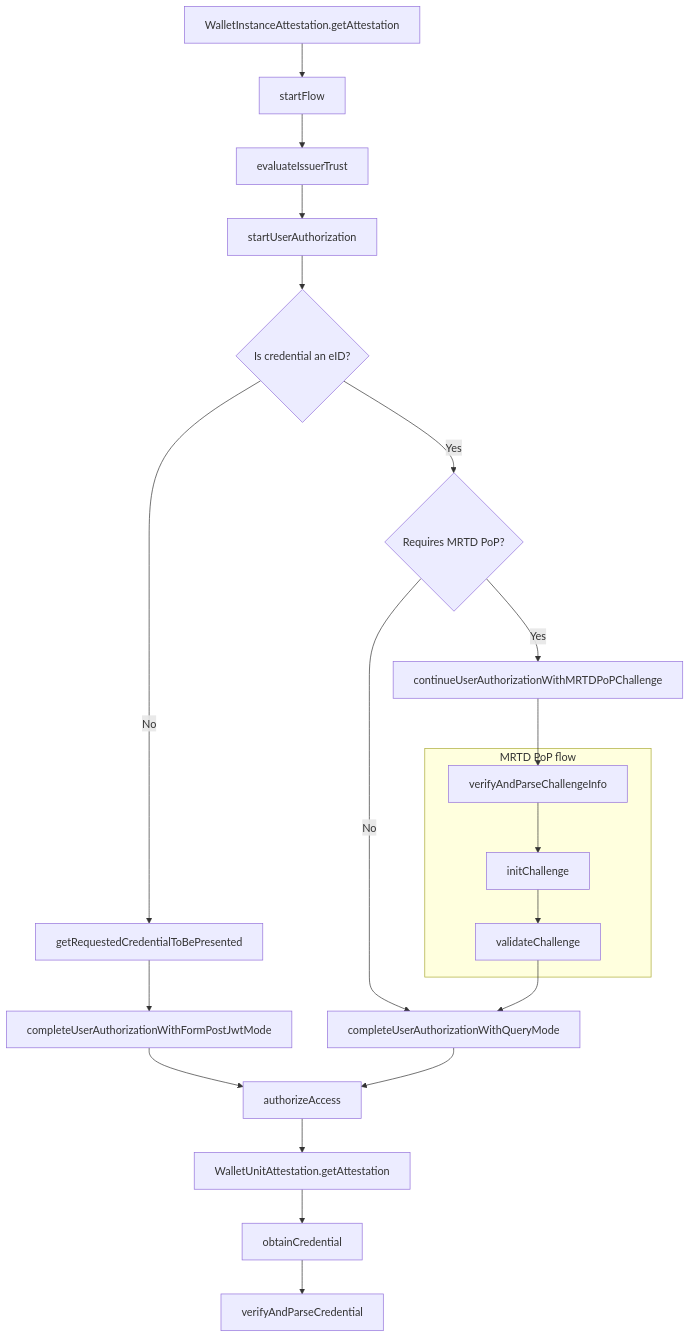
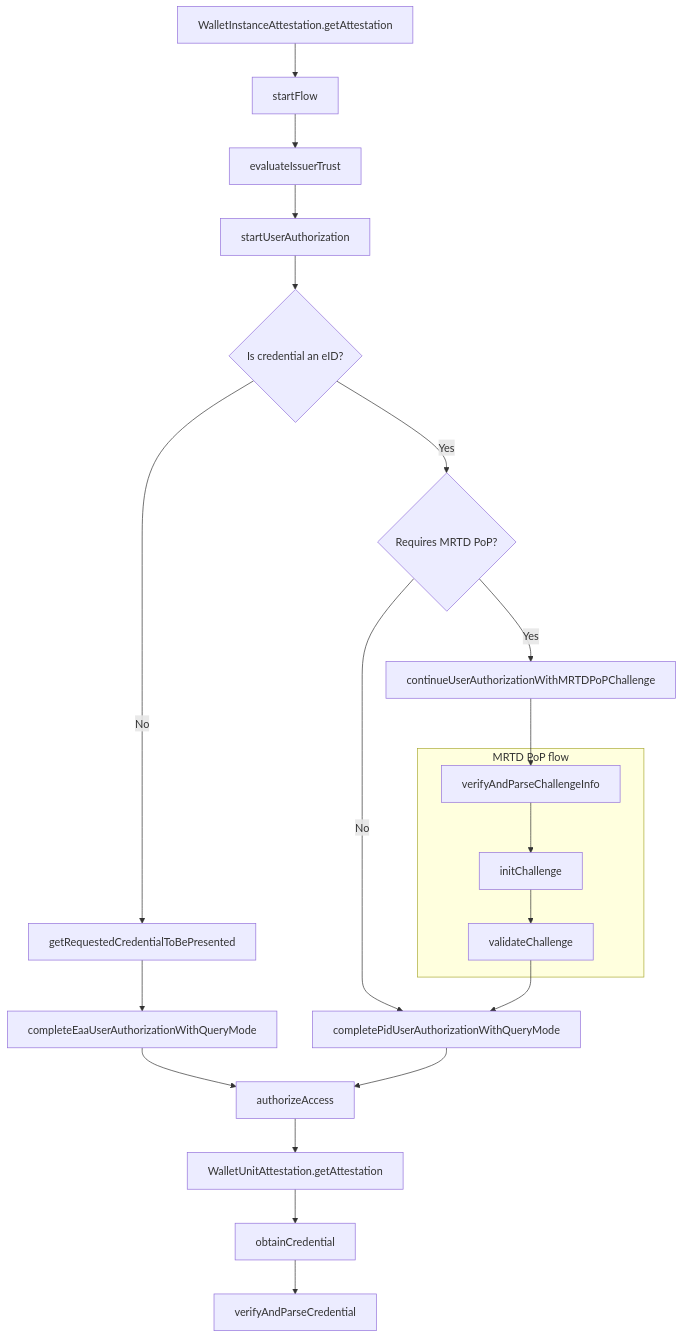
One commit to pagopa/io-react-native-wallet changed the diagram in src/credential/issuance/README.md. Above: the diagram before and after it, drawn with Mermaid. The commit also changed other lines of this file and 36 other files, not shown here.

Commit message:
chore: [SIW-3604] Refine EAA issuance flow 1.3  (#360)

````diff
--- a/src/credential/issuance/README.md
+++ b/src/credential/issuance/README.md
@@ -15,43 +15,43 @@
 ```mermaid
 graph TD;
     0[WalletInstanceAttestation.getAttestation]
     1[startFlow]
     2[evaluateIssuerTrust]
     3[startUserAuthorization]
     C4[getRequestedCredentialToBePresented]
-    C4.1[completeUserAuthorizationWithFormPostJwtMode]
-    E4[completeUserAuthorizationWithQueryMode]
+    C4.1[completeEaaUserAuthorizationWithQueryMode]
+    E4[completePidUserAuthorizationWithQueryMode]
     5[authorizeAccess]
     6[WalletUnitAttestation.getAttestation]
     7[obtainCredential]
     8[verifyAndParseCredential]
     credSel{Is credential an eID?}
     proofSel{Requires MRTD PoP?}
     M1[continueUserAuthorizationWithMRTDPoPChallenge]
     subgraph MRTD PoP flow
     M2[verifyAndParseChallengeInfo]
     M3[initChallenge]
     M4[validateChallenge]
     end
 
     0 --> 1
     1 --> 2
     2 --> 3
     3 --> credSel
     credSel -->|Yes| proofSel
     credSel -->|No| C4
     proofSel --> |Yes| M1
     proofSel --> |No| E4
     C4 --> C4.1
     C4.1 --> 5
     E4 --> 5
     5 --> 6
     6 --> 7
     7 --> 8
 
     M1 --> M2
     M2 --> M3
     M3 --> M4
     M4 --> E4
 
 ```
````
